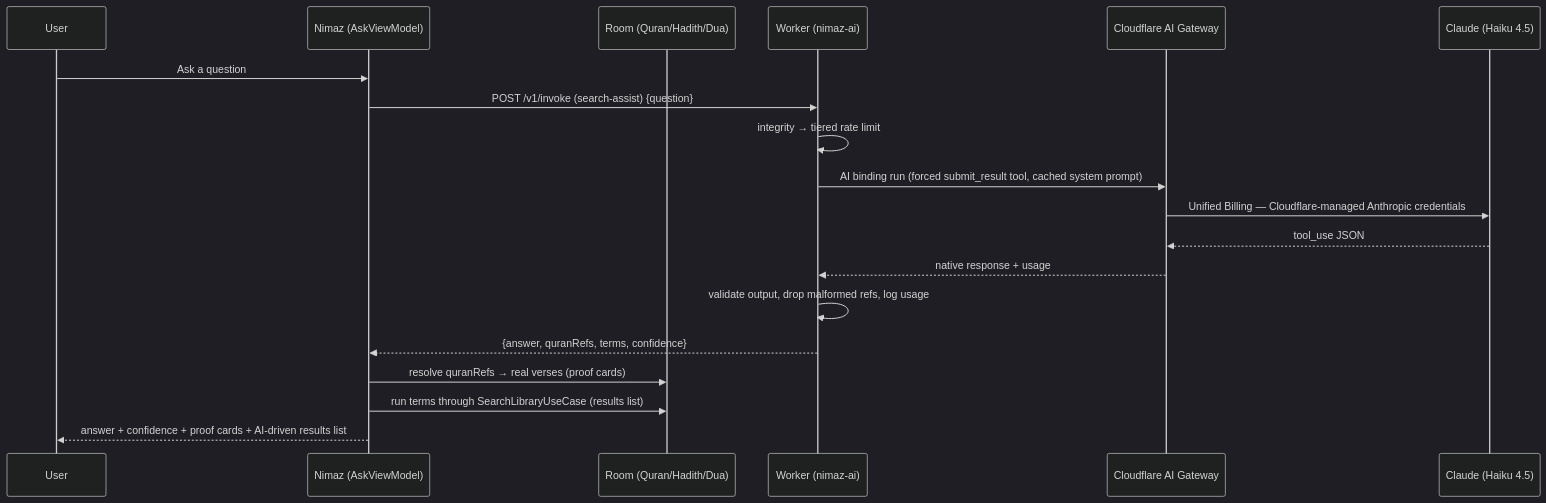
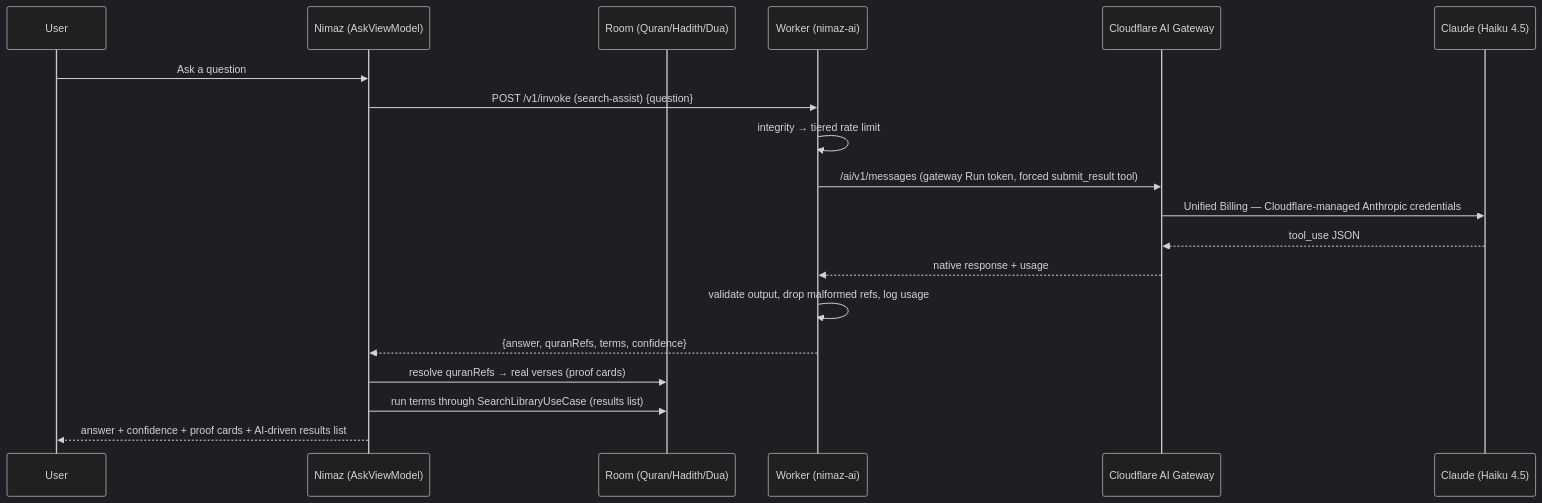
Before and after one commit to arshad-shah/Nimaz: the diagram in docs/ai-ask-with-proof.md, drawn with Mermaid (dark theme). The commit also changed other lines of this file and 9 other files, not shown here.

First line of the commit message:
Switch to AI Gateway REST endpoint (Path B) — binding rejects native schema

````diff
--- a/docs/ai-ask-with-proof.md
+++ b/docs/ai-ask-with-proof.md
@@ -29,22 +29,22 @@
 ```mermaid
 sequenceDiagram
     participant U as User
     participant App as Nimaz (AskViewModel)
     participant Room as Room (Quran/Hadith/Dua)
     participant W as Worker (nimaz-ai)
     participant GW as Cloudflare AI Gateway
     participant C as Claude (Haiku 4.5)
 
     U->>App: Ask a question
     App->>W: POST /v1/invoke (search-assist) {question}
     W->>W: integrity → tiered rate limit
-    W->>GW: AI binding run (forced submit_result tool, cached system prompt)
+    W->>GW: /ai/v1/messages (gateway Run token, forced submit_result tool)
     GW->>C: Unified Billing — Cloudflare-managed Anthropic credentials
     C-->>GW: tool_use JSON
     GW-->>W: native response + usage
     W->>W: validate output, drop malformed refs, log usage
     W-->>App: {answer, quranRefs, terms, confidence}
     App->>Room: resolve quranRefs → real verses (proof cards)
     App->>Room: run terms through SearchLibraryUseCase (results list)
     App-->>U: answer + confidence + proof cards + AI-driven results list
 ```
````
